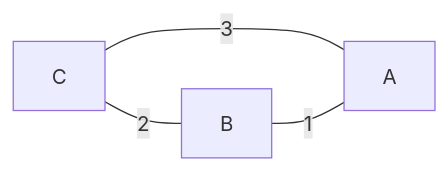
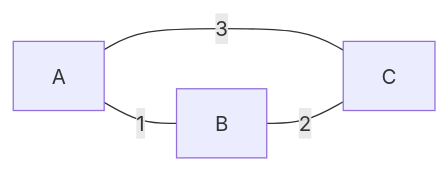
The fifth of 6 diagrams in Data_Structure_and_Algorithms/07_Tree-Shaped_Deep_Forest/README.md (SamueleGalli/leetCode-quests), drawn with Mermaid before and after one commit. The commit also changed other lines of this file and 1 other file, not shown here.

````diff
--- a/Data_Structure_and_Algorithms/07_Tree-Shaped_Deep_Forest/README.md
+++ b/Data_Structure_and_Algorithms/07_Tree-Shaped_Deep_Forest/README.md
@@ -84,6 +126,6 @@
-    ```mermaid
-    graph RL
-    A ---|1| B
-    A ---|3| C
-    B ---|2| C
-    ```
+      ```mermaid
+      graph LR
+      A ---|1| B
+      A ---|3| C
+      B ---|2| C
+      ```
````
